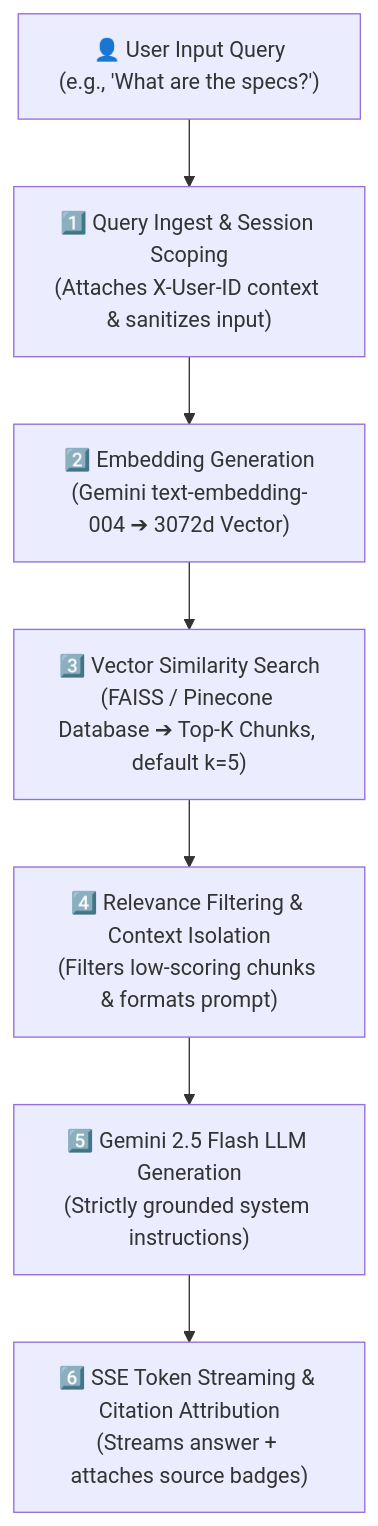
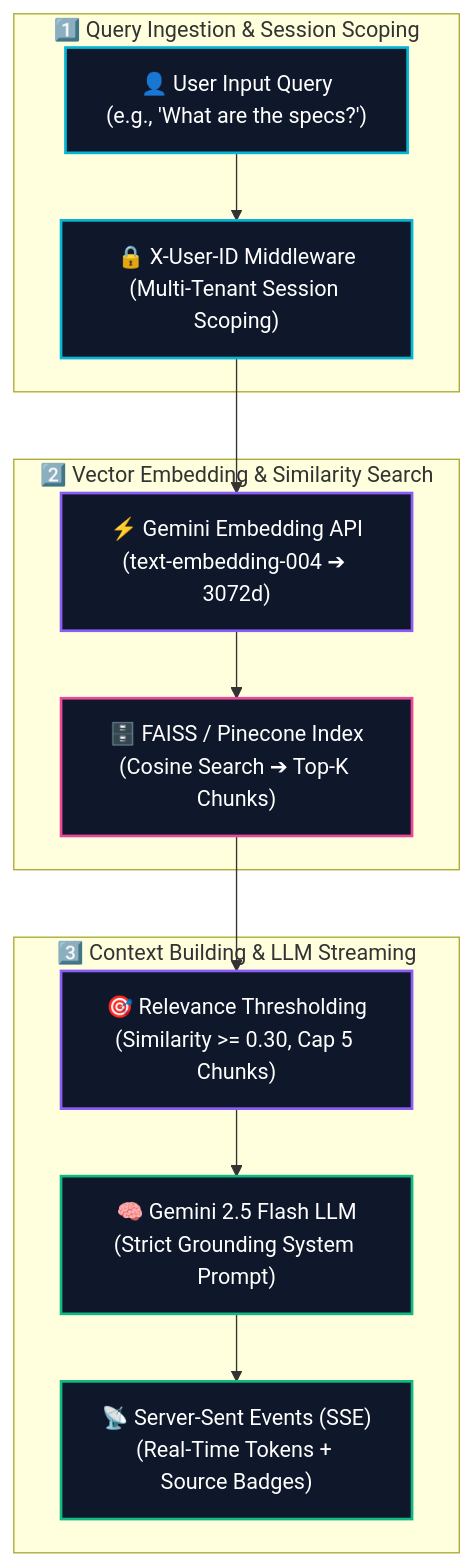
Before and after one commit to Ganu39/NexusAI_RAG_ChatBot: the diagram in README.md, drawn with Mermaid. The commit also changed other lines of this file, not shown here.

Commit message:
docs: enhance RAG Pipeline Workflow with multi-phase Mermaid diagram and formatted stage matrix

````diff
--- a/README.md
+++ b/README.md
@@ -26,9 +26,22 @@
 ```mermaid
-flowchart TD
-    A["👤 User Input Query<br/>(e.g., 'What are the specs?')"] --> B["1️⃣ Query Ingest & Session Scoping<br/>(Attaches X-User-ID context & sanitizes input)"]
-    B --> C["2️⃣ Embedding Generation<br/>(Gemini text-embedding-004 ➔ 3072d Vector)"]
-    C --> D["3️⃣ Vector Similarity Search<br/>(FAISS / Pinecone Database ➔ Top-K Chunks, default k=5)"]
-    D --> E["4️⃣ Relevance Filtering & Context Isolation<br/>(Filters low-scoring chunks & formats prompt)"]
-    E --> F["5️⃣ Gemini 2.5 Flash LLM Generation<br/>(Strictly grounded system instructions)"]
-    F --> G["6️⃣ SSE Token Streaming & Citation Attribution<br/>(Streams answer + attaches source badges)"]
+graph TD
+    classDef inputStyle fill:#0f172a,stroke:#06b6d4,stroke-width:2px,color:#fff;
+    classDef processStyle fill:#0f172a,stroke:#8b5cf6,stroke-width:2px,color:#fff;
+    classDef vectorStyle fill:#0f172a,stroke:#ec4899,stroke-width:2px,color:#fff;
+    classDef llmStyle fill:#0f172a,stroke:#10b981,stroke-width:2px,color:#fff;
+
+    subgraph Phase1 ["1️⃣ Query Ingestion & Session Scoping"]
+        A["👤 User Input Query<br/>(e.g., 'What are the specs?')"]:::inputStyle --> B["🔒 X-User-ID Middleware<br/>(Multi-Tenant Session Scoping)"]:::inputStyle
+    end
+
+    subgraph Phase2 ["2️⃣ Vector Embedding & Similarity Search"]
+        B --> C["⚡ Gemini Embedding API<br/>(text-embedding-004 ➔ 3072d)"]:::processStyle
+        C --> D["🗄️ FAISS / Pinecone Index<br/>(Cosine Search ➔ Top-K Chunks)"]:::vectorStyle
+    end
+
+    subgraph Phase3 ["3️⃣ Context Building & LLM Streaming"]
+        D --> E["🎯 Relevance Thresholding<br/>(Similarity >= 0.30, Cap 5 Chunks)"]:::processStyle
+        E --> F["🧠 Gemini 2.5 Flash LLM<br/>(Strict Grounding System Prompt)"]:::llmStyle
+        F --> G["📡 Server-Sent Events (SSE)<br/>(Real-Time Tokens + Source Badges)"]:::llmStyle
+    end
 ```
````
